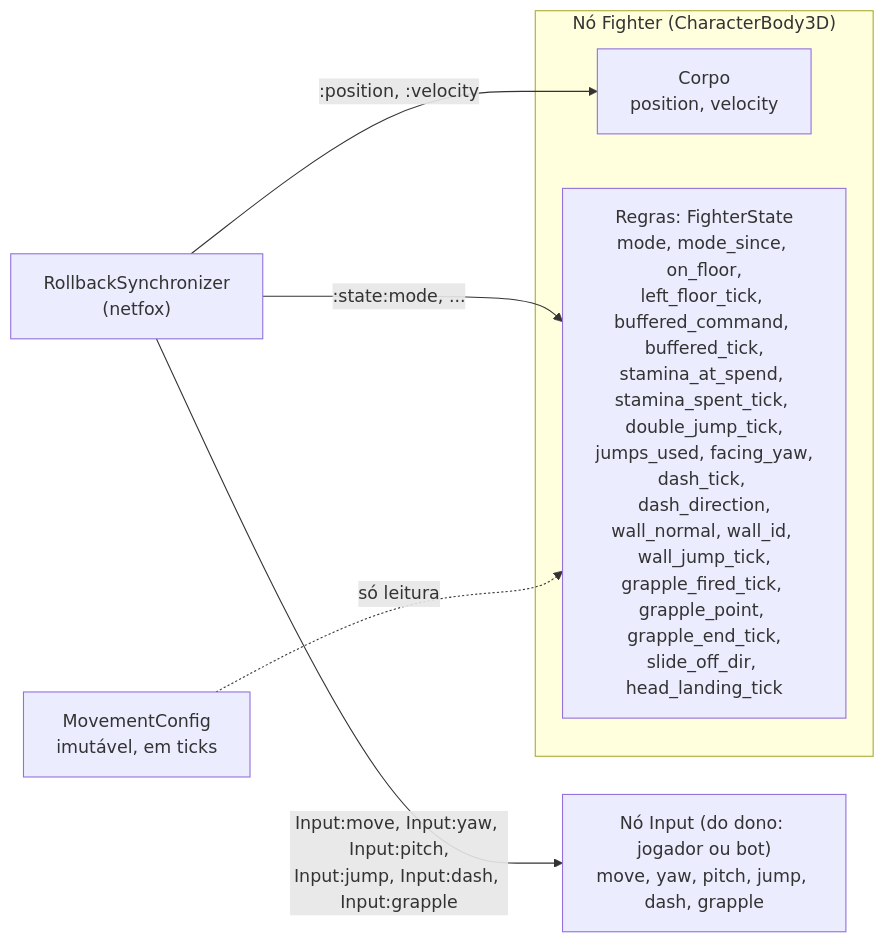
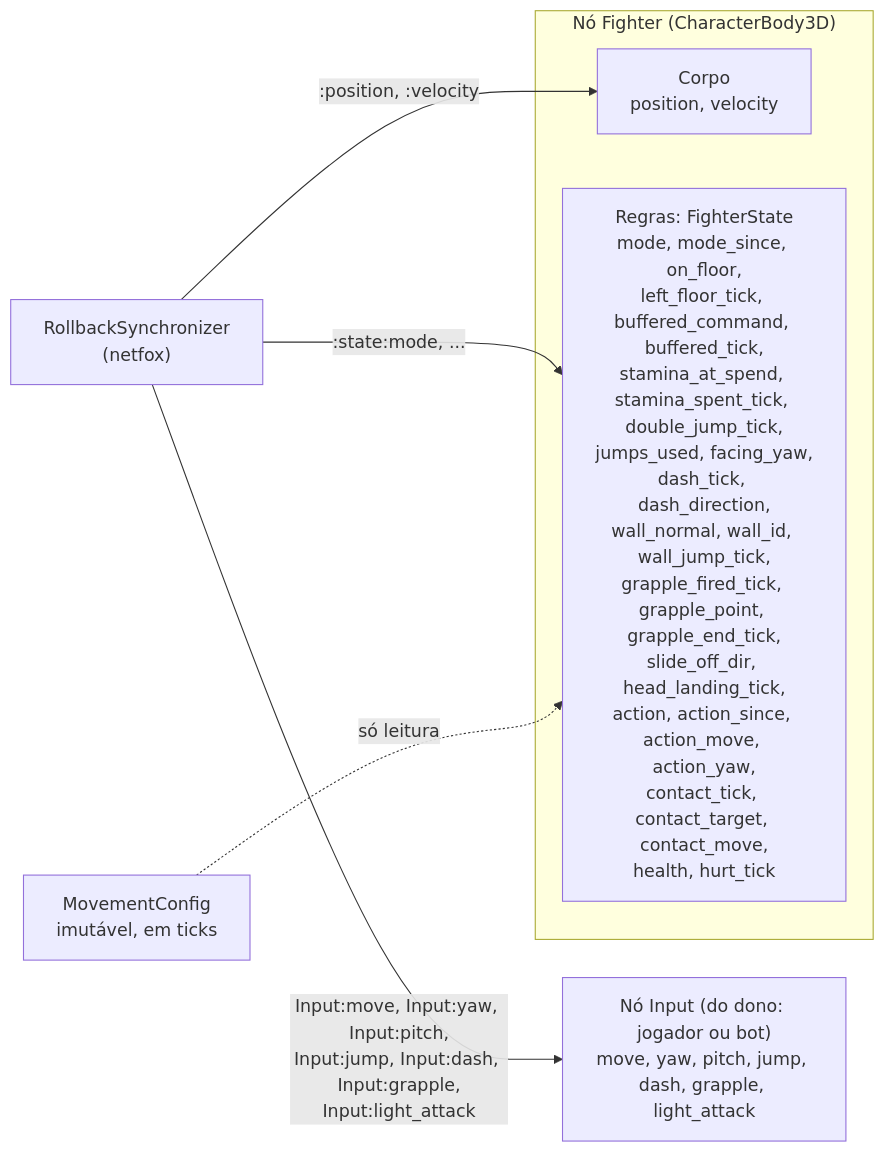
One commit to Kibryant/jogo-acrobatico changed the second of 5 diagrams in docs/arquitetura/visao-geral.md. Above: the diagram before and after it, drawn with Mermaid. The commit also changed other lines of this file and 13 other files, not shown here.

````diff
--- a/docs/arquitetura/visao-geral.md
+++ b/docs/arquitetura/visao-geral.md
@@ -76,14 +76,14 @@
 ```mermaid
 flowchart LR
   subgraph fighter["Nó Fighter (CharacterBody3D)"]
     corpo["Corpo<br/>position, velocity"]
-    regras["Regras: FighterState<br/>mode, mode_since, on_floor,<br/>left_floor_tick, buffered_command, buffered_tick,<br/>stamina_at_spend, stamina_spent_tick, double_jump_tick,<br/>jumps_used, facing_yaw,<br/>dash_tick, dash_direction,<br/>wall_normal, wall_id, wall_jump_tick,<br/>grapple_fired_tick, grapple_point, grapple_end_tick,<br/>slide_off_dir, head_landing_tick"]
+    regras["Regras: FighterState<br/>mode, mode_since, on_floor,<br/>left_floor_tick, buffered_command, buffered_tick,<br/>stamina_at_spend, stamina_spent_tick, double_jump_tick,<br/>jumps_used, facing_yaw,<br/>dash_tick, dash_direction,<br/>wall_normal, wall_id, wall_jump_tick,<br/>grapple_fired_tick, grapple_point, grapple_end_tick,<br/>slide_off_dir, head_landing_tick,<br/>action, action_since, action_move, action_yaw,<br/>contact_tick, contact_target, contact_move,<br/>health, hurt_tick"]
   end
-  input["Nó Input (do dono: jogador ou bot)<br/>move, yaw, pitch, jump, dash, grapple"]
+  input["Nó Input (do dono: jogador ou bot)<br/>move, yaw, pitch, jump, dash, grapple, light_attack"]
   config["MovementConfig<br/>imutável, em ticks"]
   rbs["RollbackSynchronizer<br/>(netfox)"]
   rbs -- ":position, :velocity" --> corpo
   rbs -- ":state:mode, ..." --> regras
-  rbs -- "Input:move, Input:yaw, Input:pitch,<br/>Input:jump, Input:dash, Input:grapple" --> input
+  rbs -- "Input:move, Input:yaw, Input:pitch,<br/>Input:jump, Input:dash, Input:grapple,<br/>Input:light_attack" --> input
   config -. "só leitura" .-> regras
 ```
````
